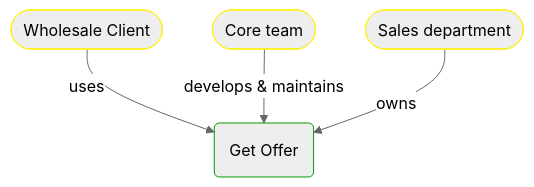
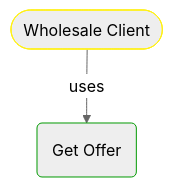
Before and after one commit to itlibrium/DDD-starter-dotnet: the fourth of 4 diagrams in Docs/P3/MermaidOutput/Domain/Modules/Sales/WholesaleOrdering/OrderPricing/GetOffer.md, drawn with Mermaid (neutral theme). The commit also changed other lines of this file and 68 other files, not shown here.

````diff
--- a/Docs/P3/MermaidOutput/Domain/Modules/Sales/WholesaleOrdering/OrderPricing/GetOffer.md
+++ b/Docs/P3/MermaidOutput/Domain/Modules/Sales/WholesaleOrdering/OrderPricing/GetOffer.md
@@ -88,17 +88,11 @@
 ```mermaid
   flowchart TB
     0(Get Offer)
     class 0 DomainPerspective
     1([Wholesale Client])
     class 1 PeoplePerspective
     1-->|uses|0
-    2([Core team])
-    class 2 PeoplePerspective
-    2-->|develops & maintains|0
-    3([Sales department])
-    class 3 PeoplePerspective
-    3-->|owns|0
     classDef DomainPerspective stroke:#009900
     classDef TechnologyPerspective stroke:#1F41EB
     classDef PeoplePerspective stroke:#FFF014
 ```
````
